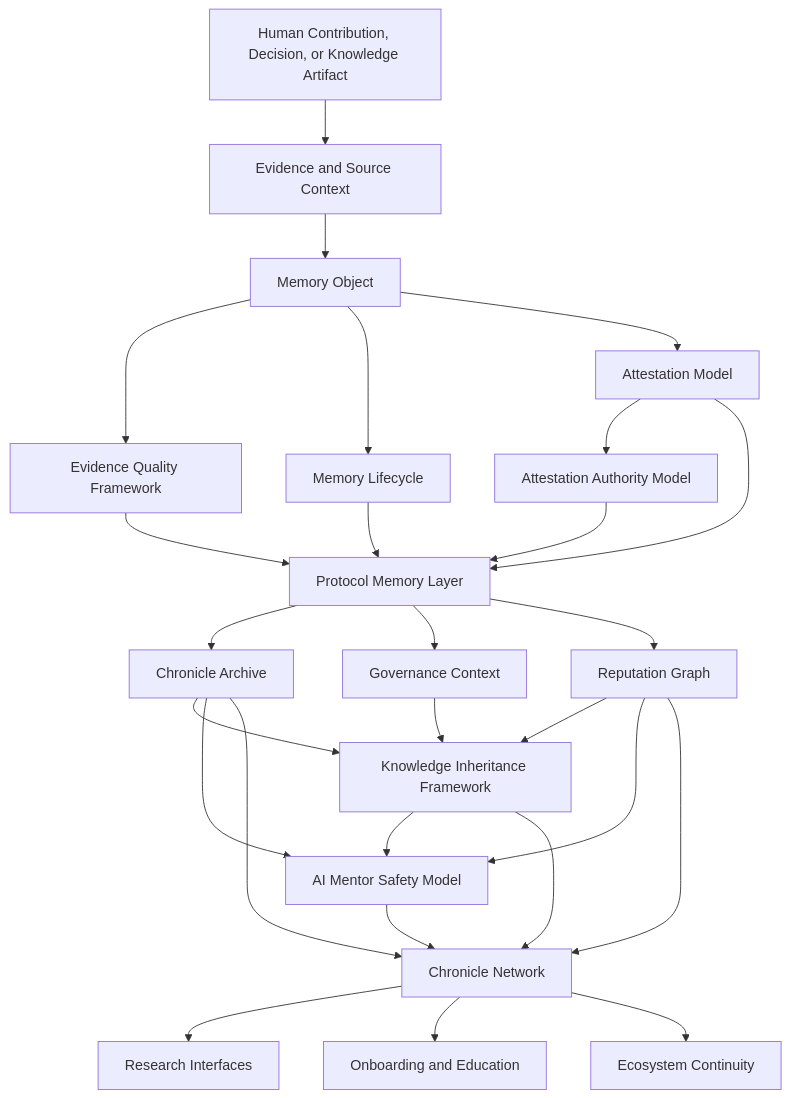
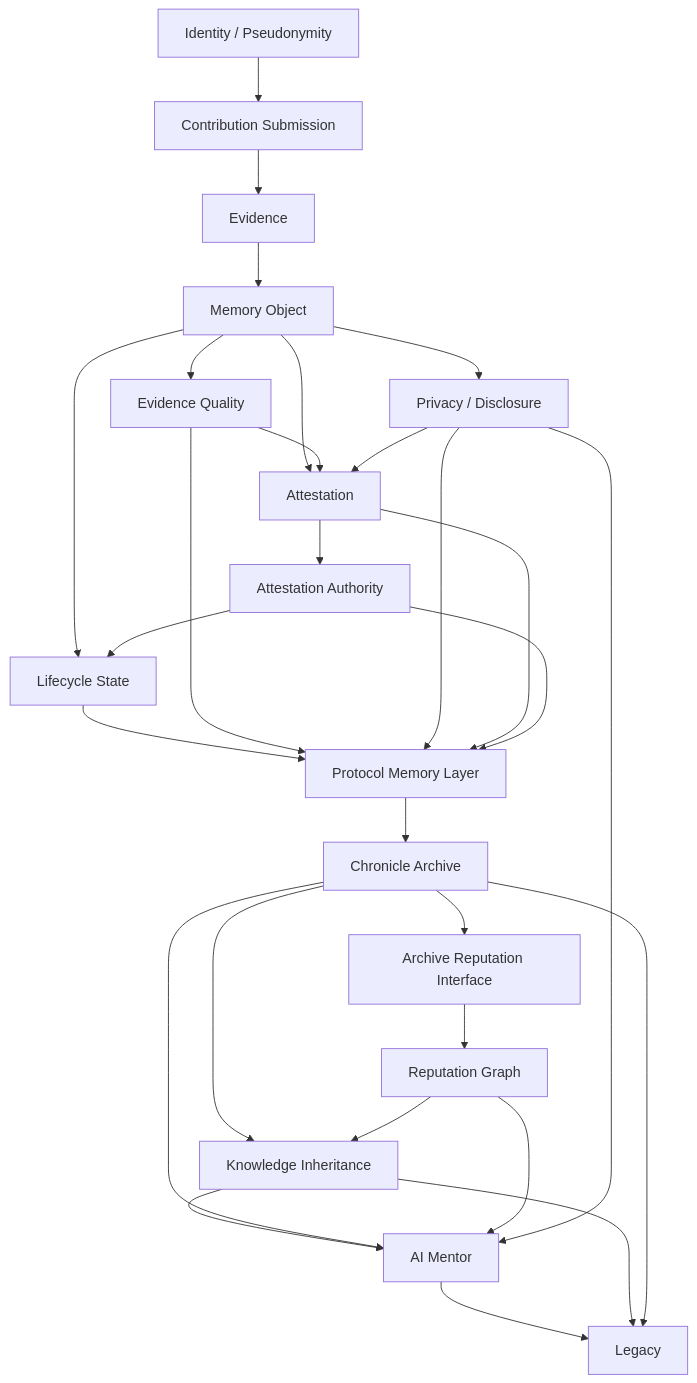
One commit to satoshi-Qore/chronicle-legacy-protocol changed the second of 2 diagrams in docs/Architecture_Diagram.md. Above: the diagram before and after it, drawn with Mermaid. The commit also changed other lines of this file, not shown here.

Commit message:
update architecture diagram to canonical flow

````diff
--- a/docs/Architecture_Diagram.md
+++ b/docs/Architecture_Diagram.md
@@ -11,36 +35,38 @@
 ```mermaid
 flowchart TD
-    A["Human Contribution, Decision, or Knowledge Artifact"] --> B["Evidence and Source Context"]
-    B --> C["Memory Object"]
+    A["Identity / Pseudonymity"] --> B["Contribution Submission"]
+    B --> C["Evidence"]
+    C --> D["Memory Object"]
 
-    C --> D["Evidence Quality Framework"]
-    C --> E["Memory Lifecycle"]
-    C --> F["Attestation Model"]
+    D --> E["Evidence Quality"]
+    D --> F["Privacy / Disclosure"]
+    D --> G["Attestation"]
+    D --> H["Lifecycle State"]
 
-    F --> G["Attestation Authority Model"]
-    D --> H["Protocol Memory Layer"]
-    E --> H
-    F --> H
-    G --> H
+    E --> G
+    F --> G
+    G --> I["Attestation Authority"]
+    I --> H
 
-    H --> I["Chronicle Archive"]
-    H --> J["Governance Context"]
-    H --> K["Reputation Graph"]
+    H --> J["Protocol Memory Layer"]
+    E --> J
+    F --> J
+    G --> J
+    I --> J
 
-    I --> L["Knowledge Inheritance Framework"]
-    J --> L
-    K --> L
+    J --> K["Chronicle Archive"]
+    K --> L["Archive Reputation Interface"]
+    L --> M["Reputation Graph"]
 
-    L --> M["AI Mentor Safety Model"]
-    I --> M
-    K --> M
+    K --> N["Knowledge Inheritance"]
+    M --> N
 
-    M --> N["Chronicle Network"]
-    L --> N
-    K --> N
-    I --> N
+    N --> O["AI Mentor"]
+    K --> O
+    M --> O
+    F --> O
 
-    N --> O["Research Interfaces"]
-    N --> P["Onboarding and Education"]
-    N --> Q["Ecosystem Continuity"]
+    O --> P["Legacy"]
+    N --> P
+    K --> P
 ```
````
